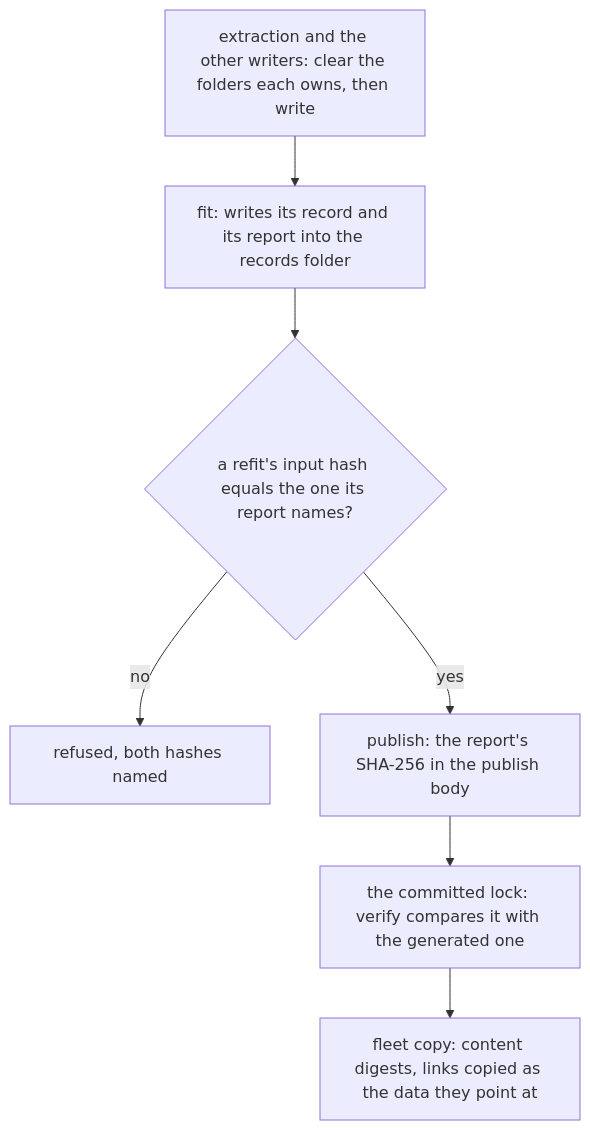
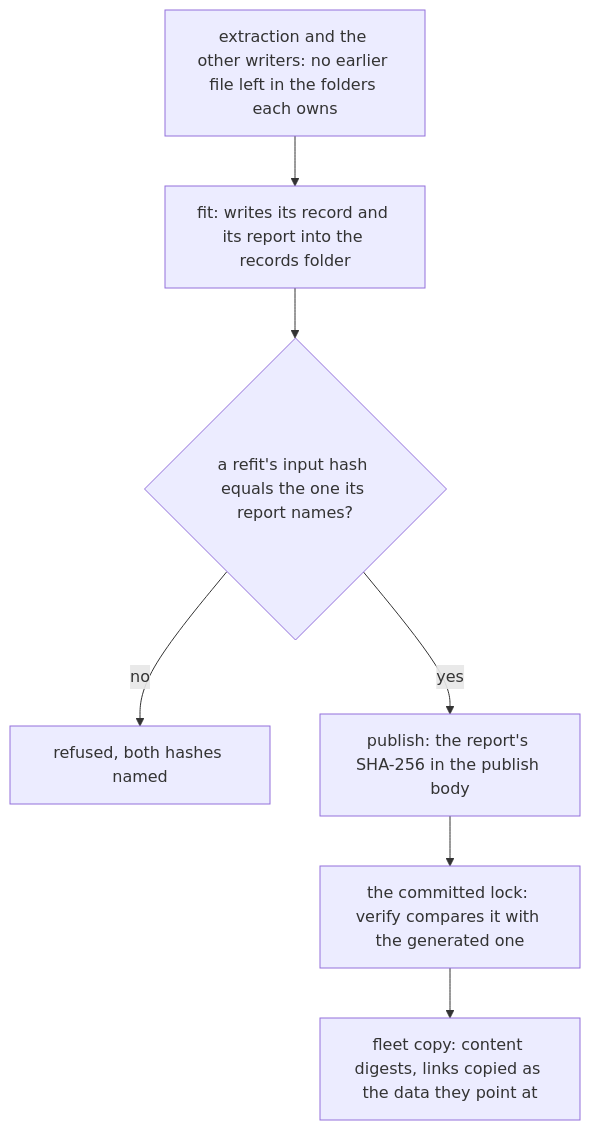
Before and after one commit to Esposter/Esposter: the diagram in openspec/changes/genshin-pipeline-hygiene/design.md, drawn with Mermaid. The commit also changed other lines of this file and 9 other files, not shown here.

First line of the commit message:
fix(genshin): extract swaps its folders in once a run succeeds

````diff
--- a/openspec/changes/genshin-pipeline-hygiene/design.md
+++ b/openspec/changes/genshin-pipeline-hygiene/design.md
@@ -16,9 +16,9 @@
 ```mermaid
 flowchart TD
-  EXTRACT["extraction and the other writers: clear the folders each owns, then write"] --> FIT["fit: writes its record and its report into the records folder"]
+  EXTRACT["extraction and the other writers: no earlier file left in the folders each owns"] --> FIT["fit: writes its record and its report into the records folder"]
   FIT --> REFIT{"a refit's input hash equals the one its report names?"}
   REFIT -->|no| REFUSE["refused, both hashes named"]
   REFIT -->|yes| PUBLISH["publish: the report's SHA-256 in the publish body"]
   PUBLISH --> LOCK["the committed lock: verify compares it with the generated one"]
   LOCK --> COPY["fleet copy: content digests, links copied as the data they point at"]
 ```
````
